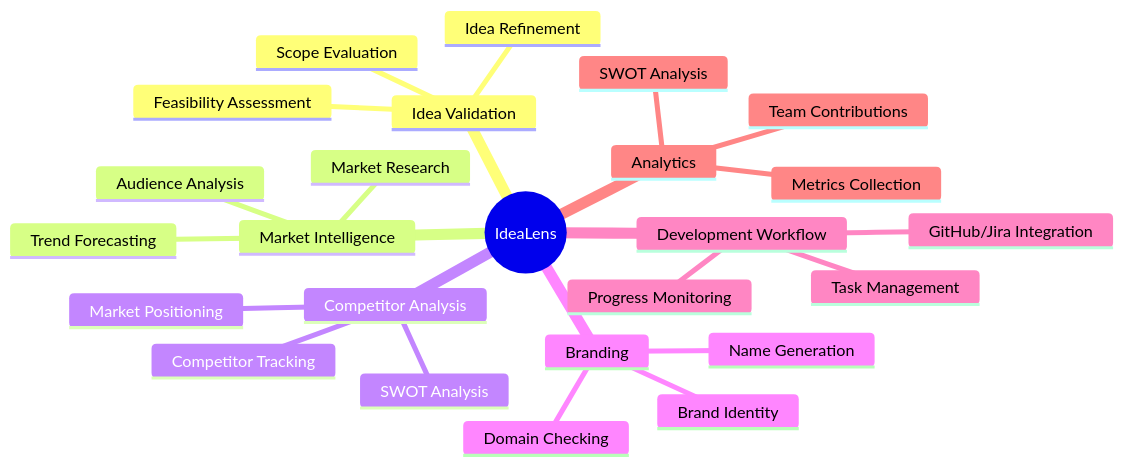
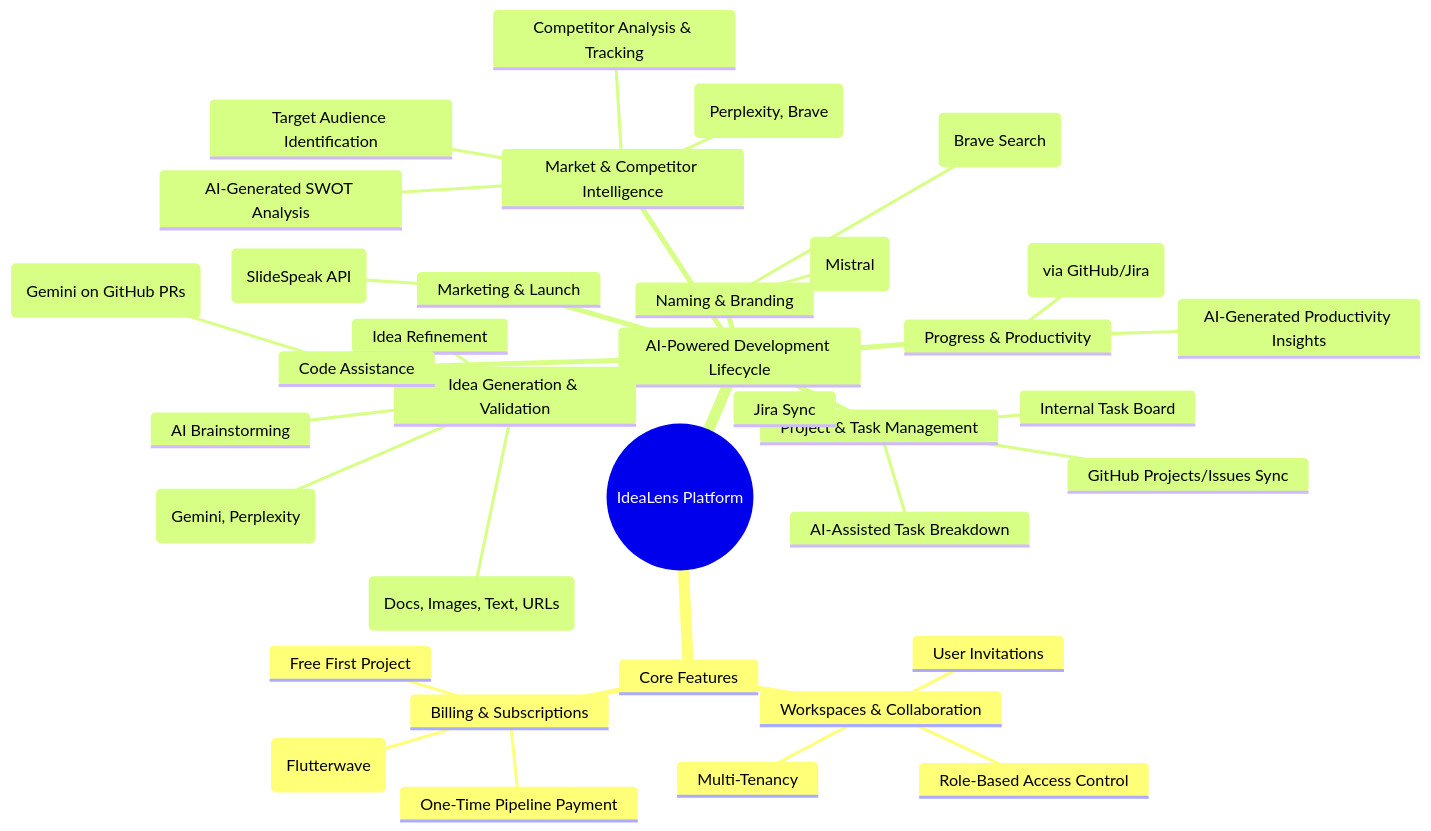
The fifth of 7 diagrams in README.md (lowkey-dev21/Idea_lens-BE), drawn with Mermaid before and after one commit. The commit also changed other lines of this file and 154 other files, not shown here.

````diff
--- a/README.md
+++ b/README.md
@@ -127,28 +258,39 @@
 ```mermaid
 mindmap
-  root((IdeaLens))
-    Idea Validation
-      Idea Refinement
-      Feasibility Assessment
-      Scope Evaluation
-    Market Intelligence
-      Market Research
-      Audience Analysis
-      Trend Forecasting
-    Competitor Analysis
-      Competitor Tracking
-      SWOT Analysis
-      Market Positioning
-    Branding
-      Name Generation
-      Domain Checking
-      Brand Identity
-    Development Workflow
-      GitHub/Jira Integration
-      Task Management
-      Progress Monitoring
-    Analytics
-      Metrics Collection
-      Team Contributions
-      SWOT Analysis
+  root((IdeaLens Platform))
+    Core Features
+      Workspaces & Collaboration
+        Multi-Tenancy
+        Role-Based Access Control
+        User Invitations
+      Billing & Subscriptions
+        Free First Project
+        One-Time Pipeline Payment
+        Tiered Subscriptions (Flutterwave)
+    AI-Powered Development Lifecycle
+      Idea Generation & Validation
+        AI Brainstorming
+        Raw Data Input (Docs, Images, Text, URLs)
+        Feasibility Analysis (Gemini, Perplexity)
+        Idea Refinement
+      Market & Competitor Intelligence
+        Automated Market Research (Perplexity, Brave)
+        Target Audience Identification
+        Competitor Analysis & Tracking
+        AI-Generated SWOT Analysis
+      Naming & Branding
+        AI Name Generation (Mistral)
+        Domain Availability Check (Brave Search)
+      Project & Task Management
+        AI-Assisted Task Breakdown
+        Internal Task Board
+        GitHub Projects/Issues Sync
+        Jira Sync
+      Code Assistance
+        AI Code Review Summaries (Gemini on GitHub PRs)
+      Progress & Productivity
+        Automated Tracking (via GitHub/Jira)
+        AI-Generated Productivity Insights
+      Marketing & Launch
+        Pitch Deck Generation (SlideSpeak API)
 ```
````
